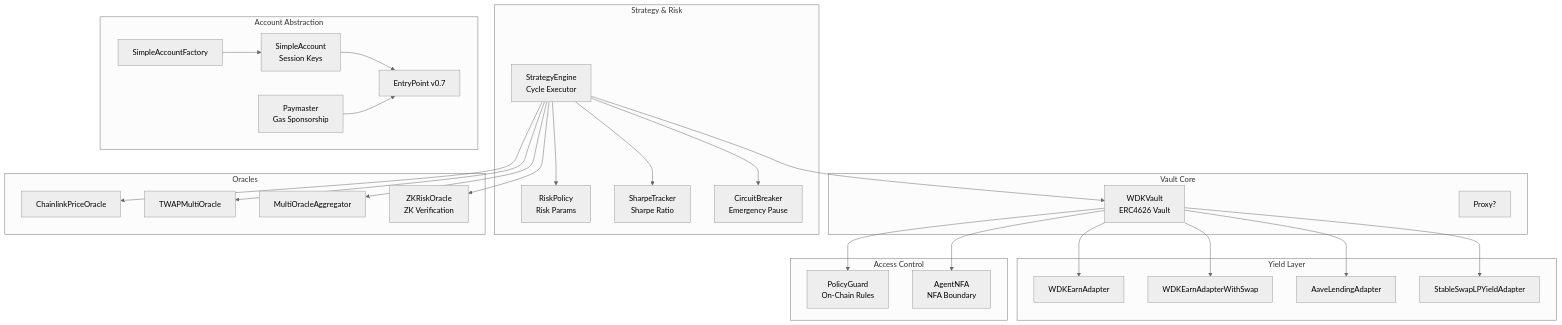
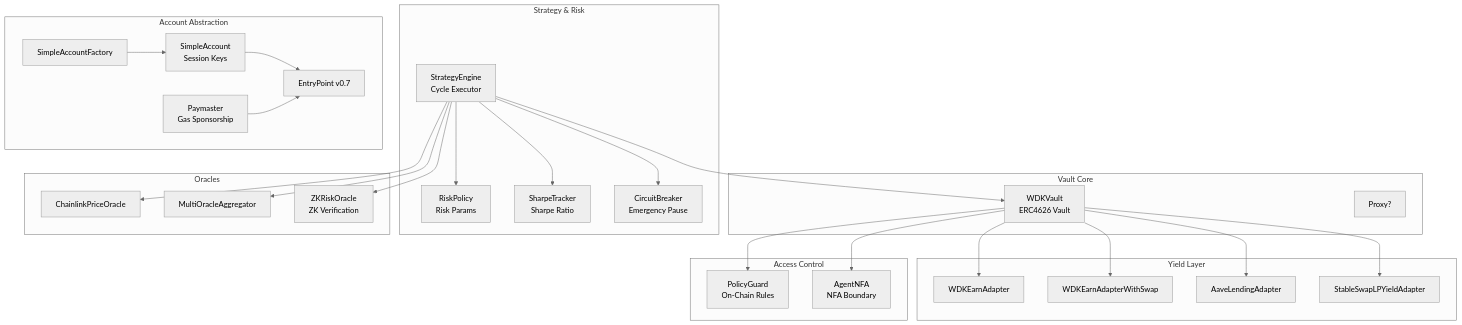
Before and after one commit to anhquan075/OmniAgent: the sixth of 7 diagrams in README.md, drawn with Mermaid (neutral theme). The commit also changed other lines of this file and 3 other files, not shown here.

Commit message:
refactor: update README and environment variables for deprecated TWAP oracle, enhance Chainlink integration

````diff
--- a/README.md
+++ b/README.md
@@ -410,62 +410,60 @@
 ```mermaid
 graph TB
     subgraph VaultCore["Vault Core"]
         WDKVault[WDKVault<br/>ERC4626 Vault]
         WDKVaultProxy[Proxy?]
     end
 
     subgraph YieldLayer["Yield Layer"]
         WDKEarn[WDKEarnAdapter]
         WDKEarnSwap[WDKEarnAdapterWithSwap]
         Lending[AaveLendingAdapter]
         LP[StableSwapLPYieldAdapter]
     end
 
     subgraph Strategy["Strategy & Risk"]
         StrategyEngine[StrategyEngine<br/>Cycle Executor]
         RiskPolicy[RiskPolicy<br/>Risk Params]
         Sharpe[SharpeTracker<br/>Sharpe Ratio]
         CircuitBreaker[CircuitBreaker<br/>Emergency Pause]
     end
 
     subgraph Access["Access Control"]
         PolicyGuard[PolicyGuard<br/>On-Chain Rules]
         AgentNFA[AgentNFA<br/>NFA Boundary]
     end
 
     subgraph Oracle["Oracles"]
         Chainlink[ChainlinkPriceOracle]
-        TWAP[TWAPMultiOracle]
         MultiAgg[MultiOracleAggregator]
         ZKOracle[ZKRiskOracle<br/>ZK Verification]
     end
 
     subgraph ERC4337["Account Abstraction"]
         Factory[SimpleAccountFactory]
         SimpleAccount[SimpleAccount<br/>Session Keys]
         Paymaster[Paymaster<br/>Gas Sponsorship]
         EntryPoint[EntryPoint v0.7]
     end
 
     StrategyEngine --> WDKVault
     WDKVault --> WDKEarn
     WDKVault --> WDKEarnSwap
     WDKVault --> Lending
     WDKVault --> LP
     
     StrategyEngine --> RiskPolicy
     StrategyEngine --> Sharpe
     StrategyEngine --> CircuitBreaker
     
     WDKVault --> PolicyGuard
     WDKVault --> AgentNFA
     
     StrategyEngine --> Chainlink
-    StrategyEngine --> TWAP
     StrategyEngine --> MultiAgg
     StrategyEngine --> ZKOracle
     
     Factory --> SimpleAccount
     SimpleAccount --> EntryPoint
     Paymaster --> EntryPoint
 ```
````
